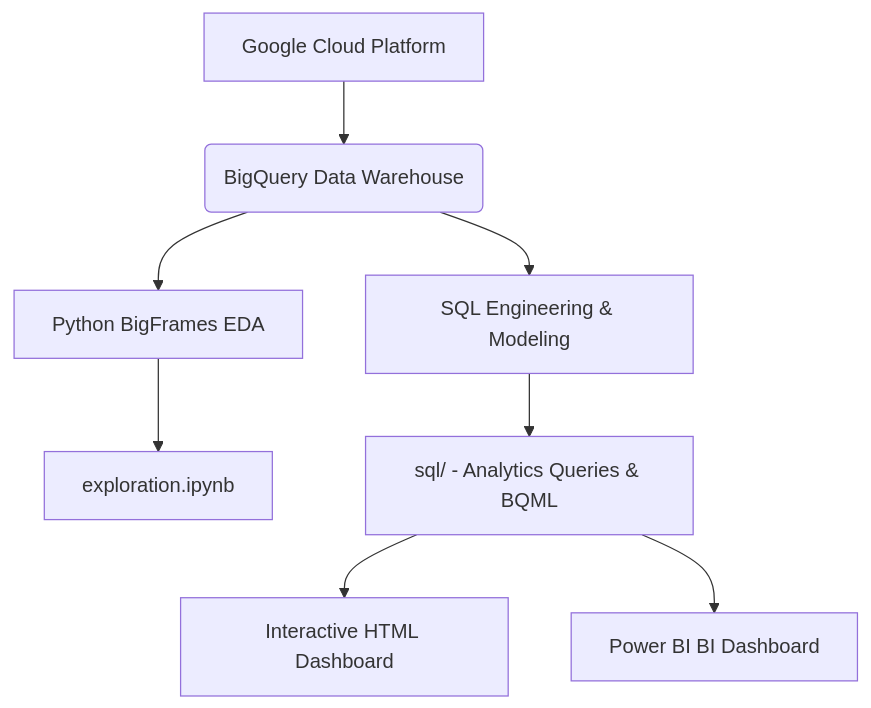
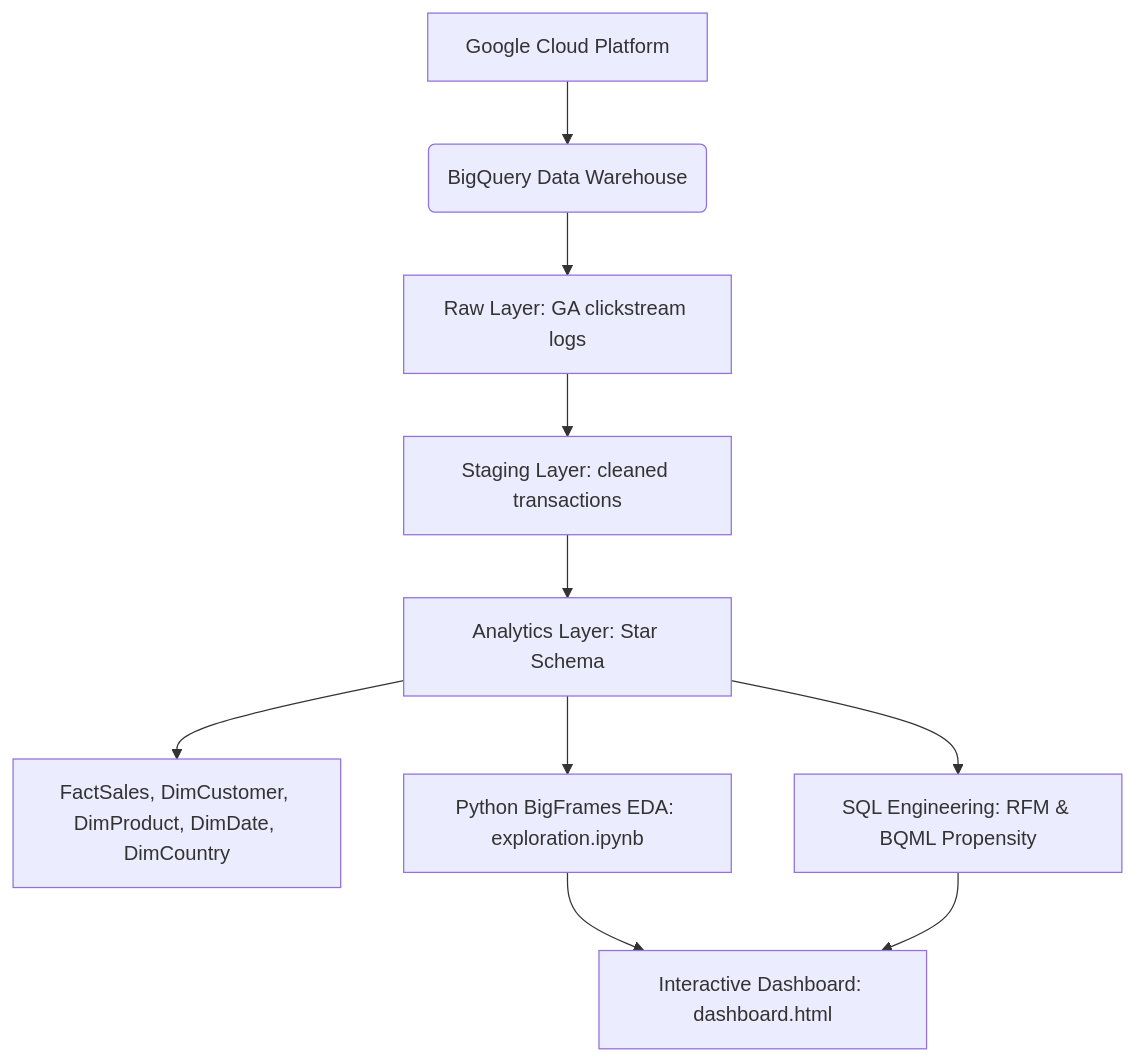
The diagram in README.md (Mohitjoshi08/google-merchandise-store-analytics), drawn with Mermaid before and after one commit. The commit also changed other lines of this file and 5 other files, not shown here.

Commit message:
Implement DW Star Schema, RFM loyalty modeling, and Executive ML Dashboard tab

````diff
--- a/README.md
+++ b/README.md
@@ -12,10 +12,12 @@
 ```mermaid
 graph TD
     A[Google Cloud Platform] --> B(BigQuery Data Warehouse)
-    B --> C[Python BigFrames EDA]
-    B --> D[SQL Engineering & Modeling]
-    C --> E[exploration.ipynb]
-    D --> F[sql/ - Analytics Queries & BQML]
-    F --> G[Interactive HTML Dashboard]
-    F --> H[Power BI BI Dashboard]
+    B --> C[Raw Layer: GA clickstream logs]
+    C --> D[Staging Layer: cleaned transactions]
+    D --> E[Analytics Layer: Star Schema]
+    E --> F[FactSales, DimCustomer, DimProduct, DimDate, DimCountry]
+    E --> G[Python BigFrames EDA: exploration.ipynb]
+    E --> H[SQL Engineering: RFM & BQML Propensity]
+    G --> I[Interactive Dashboard: dashboard.html]
+    H --> I
 ```
````
